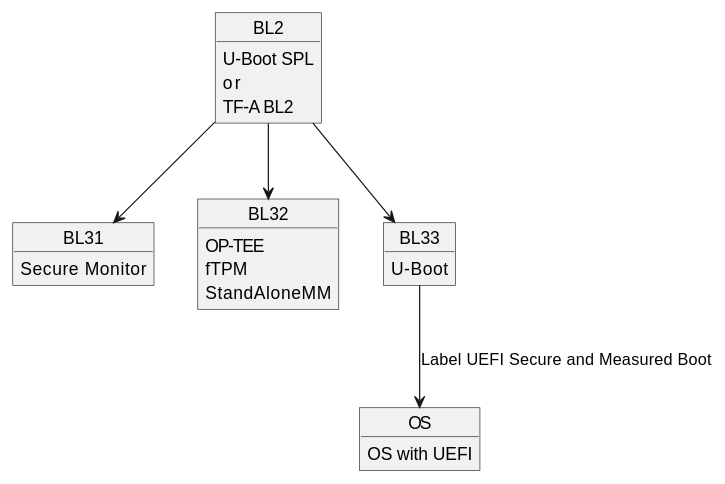
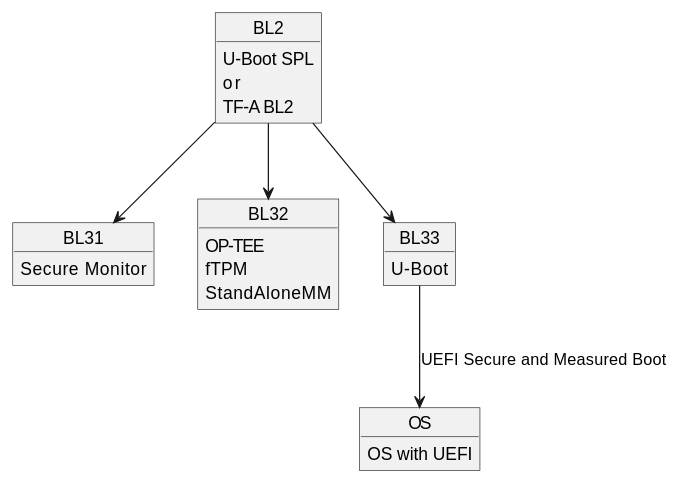
One commit to etienne-lms/meta-ts changed the diagram in docs/requirements/supported_platforms.rst. Above: the diagram before and after it, drawn with PlantUML.

Commit message:
docs: Fix typoe in software diagram
Remove the 'Label' keyword

```diff
--- a/docs/requirements/supported_platforms.rst
+++ b/docs/requirements/supported_platforms.rst
@@ -51,26 +51,26 @@
 .. uml::
 
     object BL2 {
         U-Boot SPL
 	    or
         TF-A BL2
     }
     object BL31 {
         Secure Monitor
     }
     object BL32 {
         OP-TEE
 	    fTPM
 	    StandAloneMM
     }
     object BL33 {
 	    U-Boot
     }
     object OS {
         OS with UEFI
     }
     
     BL2 --> BL31
     BL2 --> BL32
     BL2 --> BL33
-    BL33--> OS : Label UEFI Secure and Measured Boot
+    BL33--> OS : UEFI Secure and Measured Boot
```
